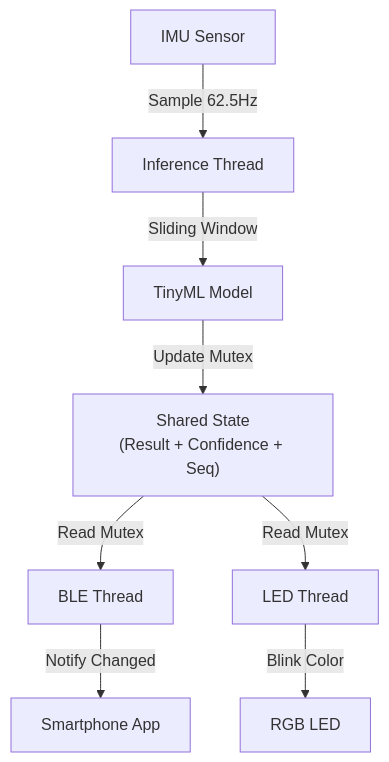
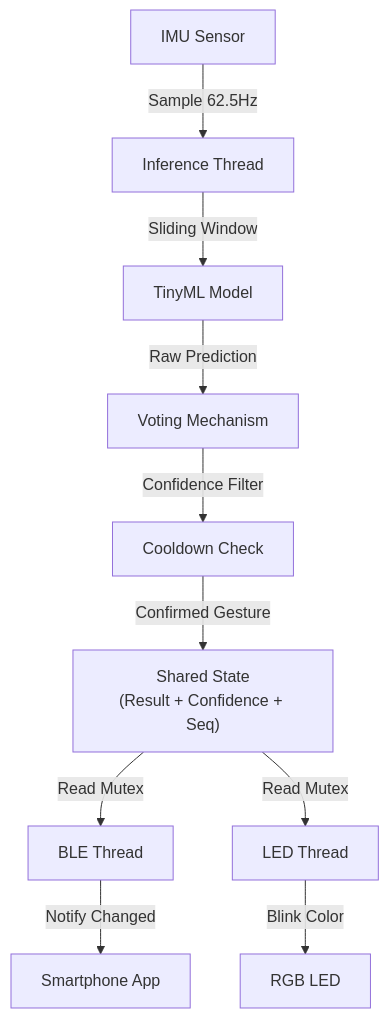
Before and after one commit to ShizukuWhite/embedded-gesture-recognition: the diagram in README.md, drawn with Mermaid. The commit also changed other lines of this file, not shown here.

````diff
--- a/README.md
+++ b/README.md
@@ -43,12 +47,14 @@
 ```mermaid
 graph TD
     IMU[IMU Sensor] -->|Sample 62.5Hz| INF_T[Inference Thread]
     INF_T -->|Sliding Window| MODEL[TinyML Model]
-    MODEL -->|Update Mutex| STATE["Shared State<br/>(Result + Confidence + Seq)"]
+    MODEL -->|Raw Prediction| VOTE[Voting Mechanism]
+    VOTE -->|Confidence Filter| COOL[Cooldown Check]
+    COOL -->|Confirmed Gesture| STATE["Shared State<br/>(Result + Confidence + Seq)"]
     
     STATE -->|Read Mutex| BLE_T[BLE Thread]
     STATE -->|Read Mutex| LED_T[LED Thread]
     
     BLE_T -->|Notify Changed| PHONE[Smartphone App]
     LED_T -->|Blink Color| RGB[RGB LED]
 ```
````
